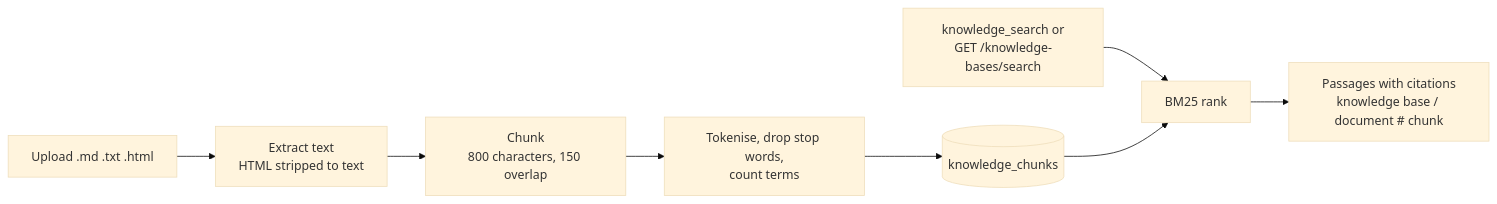
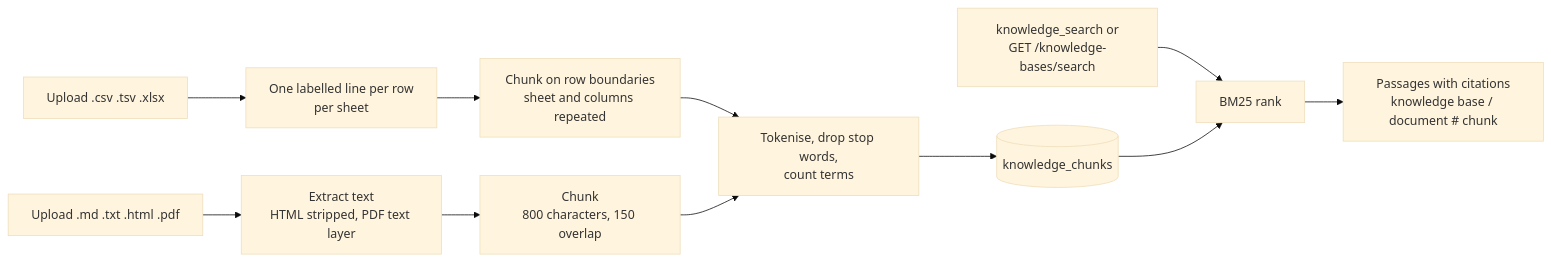
Before and after one commit to lordprime/Argus-Council: the diagram in docs/concepts/knowledge.md, drawn with Mermaid (base theme). The commit also changed other lines of this file and 38 other files, not shown here.

````diff
--- a/docs/concepts/knowledge.md
+++ b/docs/concepts/knowledge.md
@@ -10,10 +10,13 @@
 ```mermaid
 flowchart LR
-    U[Upload .md .txt .html] --> X[Extract text<br/>HTML stripped to text]
+    U[Upload .md .txt .html .pdf] --> X[Extract text<br/>HTML stripped, PDF text layer]
+    S[Upload .csv .tsv .xlsx] --> XS[One labelled line per row<br/>per sheet]
     X --> CH[Chunk<br/>800 characters, 150 overlap]
+    XS --> CR[Chunk on row boundaries<br/>sheet and columns repeated]
+    CR --> TK
     CH --> TK[Tokenise, drop stop words,<br/>count terms]
     TK --> DB[(knowledge_chunks)]
     Q[knowledge_search or<br/>GET /knowledge-bases/search] --> BM[BM25 rank]
     DB --> BM
     BM --> R[Passages with citations<br/>knowledge base / document # chunk]
 ```
````
